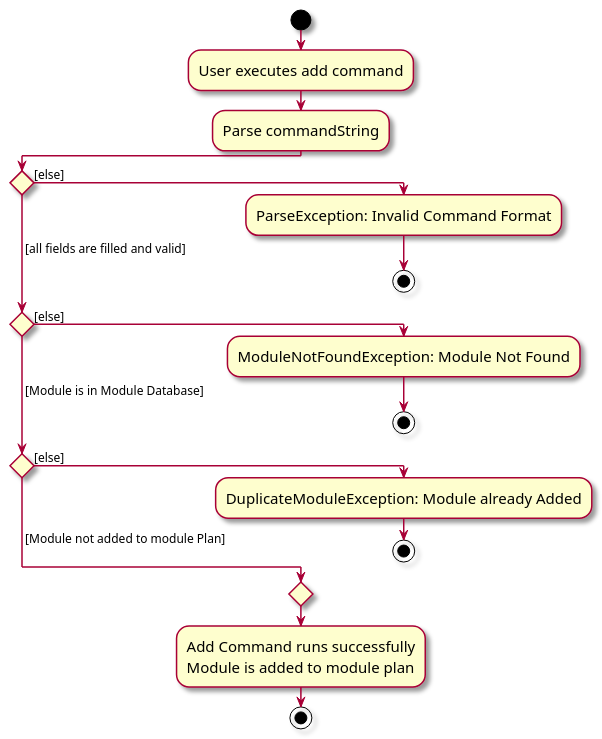
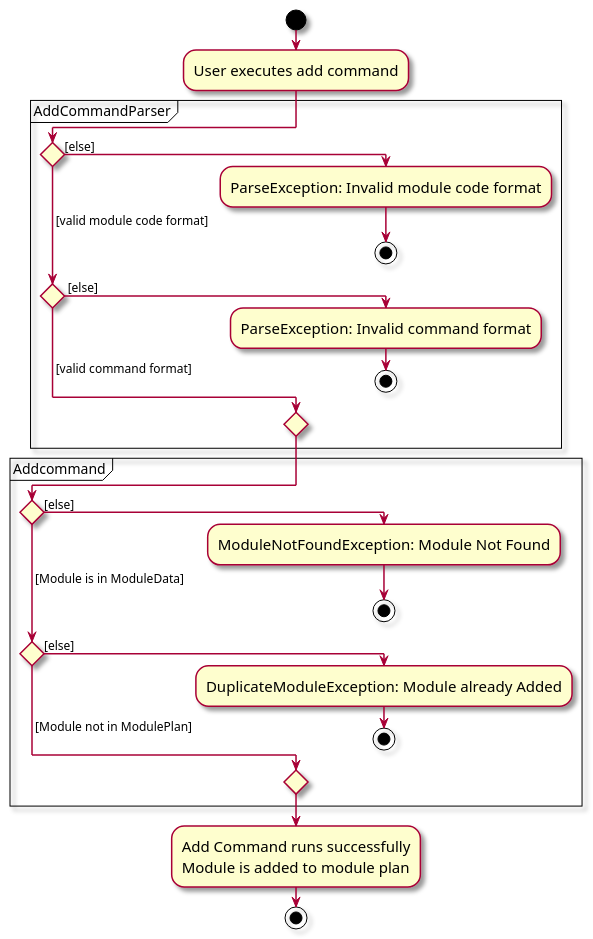
The diagram in diagrams/AddModuleActivityDiagram.puml (ji-just-ji/tp), drawn with PlantUML before and after one commit. The commit also changed 39 other files, not shown here.

```diff
--- a/diagrams/AddModuleActivityDiagram.puml
+++ b/diagrams/AddModuleActivityDiagram.puml
@@ -1,33 +1,46 @@
 @startuml
 skin rose
 skinparam ActivityFontSize 15
 skinparam ArrowFontSize 12
 !pragma useVerticalIf on
 start
 :User executes add command;
 
 'Since the beta syntax does not support placing the condition outside the
 'diamond we place it as the true branch instead.
 
-:Parse commandString;
+
+
+ partition AddCommandParser{
+    if () then ([else])
+        :ParseException: Invalid module code format;
+           stop
+
+    ( [valid module code format]) elseif () then ( [else])
+        :ParseException: Invalid command format;
+        stop
+    else ( [valid command format])
+
+    endif
+    }
+
+partition Addcommand {
 
 if () then ([else])
-
-    :ParseException: Invalid Command Format;
-    stop
-( [all fields are filled and valid]  ) elseif() then ([else])
     :ModuleNotFoundException: Module Not Found;
     stop
-( [Module is in Module Database]) elseif() then([else])
+( [Module is in ModuleData]) elseif() then([else])
     :DuplicateModuleException: Module already Added;
     stop
-else ( [Module not added to module Plan])
+    
+else ( [Module not in ModulePlan] )
 endif
-    :Add Command runs successfully
-    Module is added to module plan;
+}
 
+:Add Command runs successfully
+Module is added to module plan;
 stop
 
 
 
 @enduml
```
